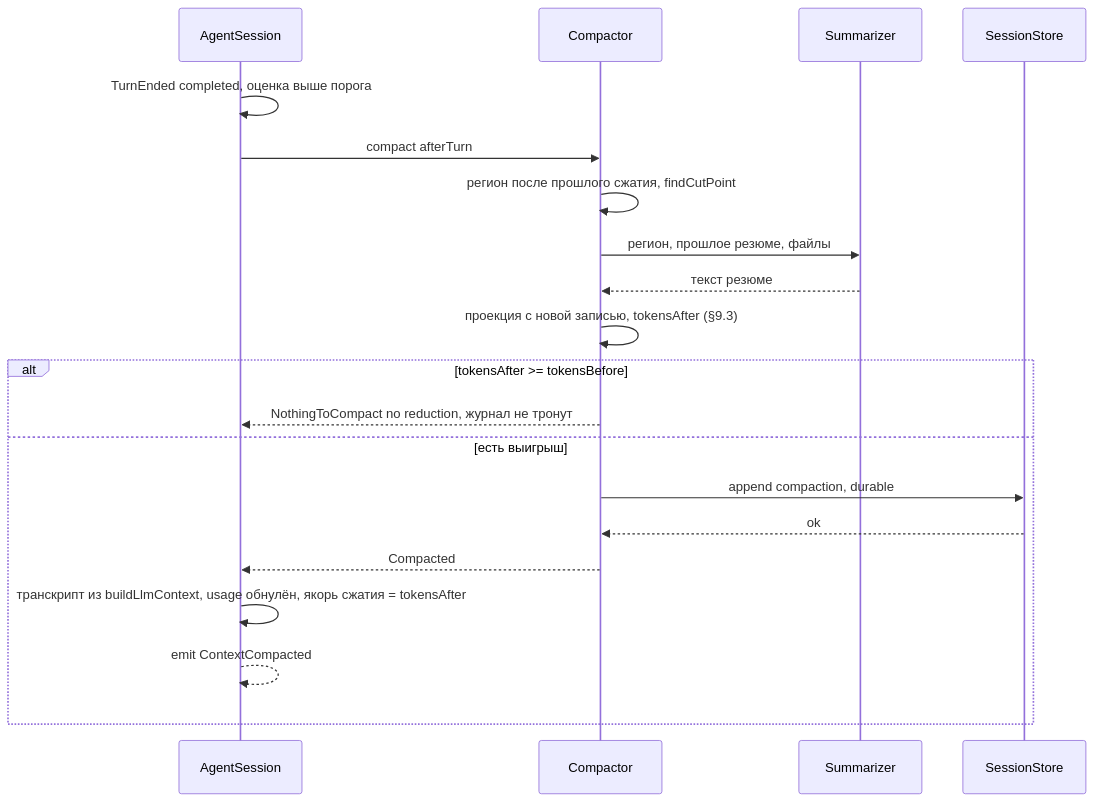
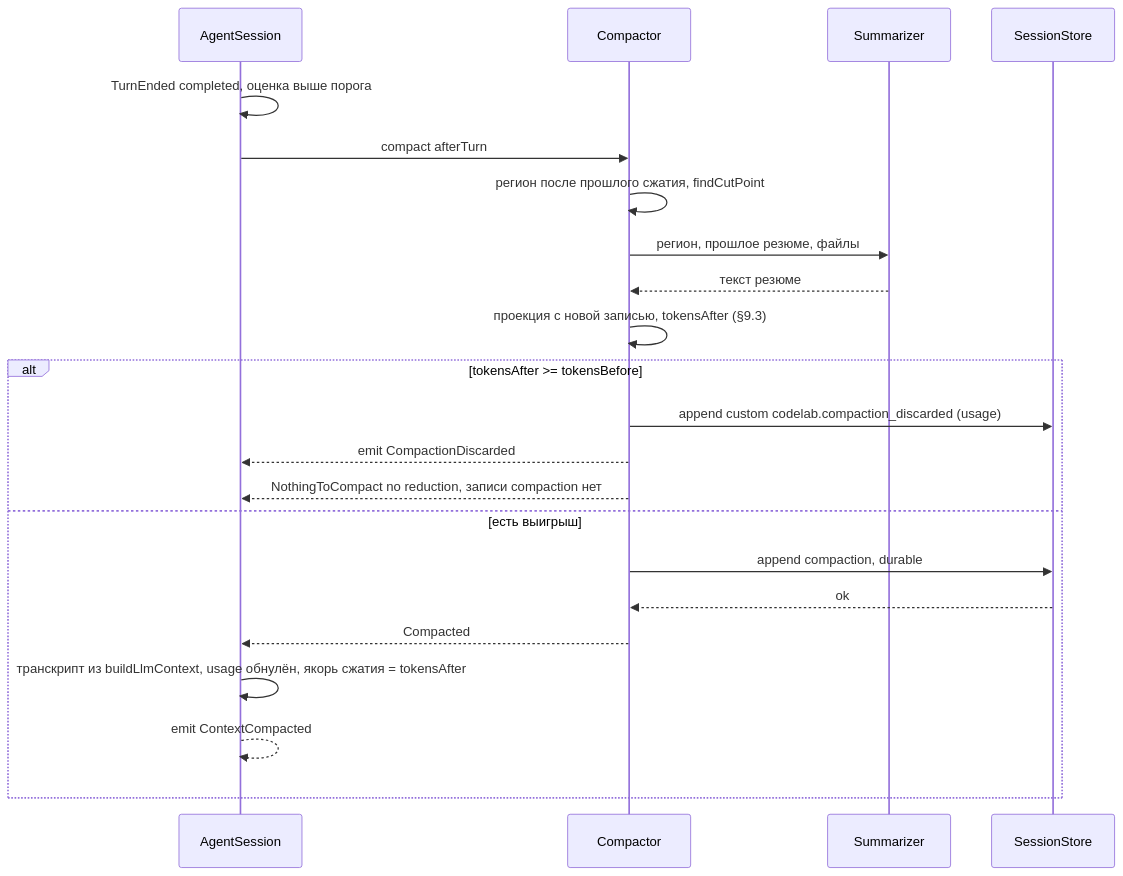
The diagram in docs/architecture/proposals/agent-core/09-compaction.md (pese-git/codelab-app), drawn with Mermaid before and after one commit. The commit also changed other lines of this file and 9 other files, not shown here.

Commit message:
docs: fix-discarded-compaction-usage — сверка с develop после add-usage-ledger (D11, CMP-12, SES-16), запись учёта и при stale (Q6), CMP-13, документы ядра 05/08/09/12/13

````diff
--- a/docs/architecture/proposals/agent-core/09-compaction.md
+++ b/docs/architecture/proposals/agent-core/09-compaction.md
@@ -577,22 +600,24 @@
 ```mermaid
 sequenceDiagram
     participant S as AgentSession
     participant K as Compactor
     participant M as Summarizer
     participant J as SessionStore
     S->>S: TurnEnded completed, оценка выше порога
     S->>K: compact afterTurn
     K->>K: регион после прошлого сжатия, findCutPoint
     K->>M: регион, прошлое резюме, файлы
     M-->>K: текст резюме
     K->>K: проекция с новой записью, tokensAfter (§9.3)
     alt tokensAfter >= tokensBefore
-        K-->>S: NothingToCompact no reduction, журнал не тронут
+        K->>J: append custom codelab.compaction_discarded (usage)
+        K-->>S: emit CompactionDiscarded
+        K-->>S: NothingToCompact no reduction, записи compaction нет
     else есть выигрыш
         K->>J: append compaction, durable
         J-->>K: ok
         K-->>S: Compacted
         S->>S: транскрипт из buildLlmContext, usage обнулён, якорь сжатия = tokensAfter
         S-->>S: emit ContextCompacted
     end
 ```
````
